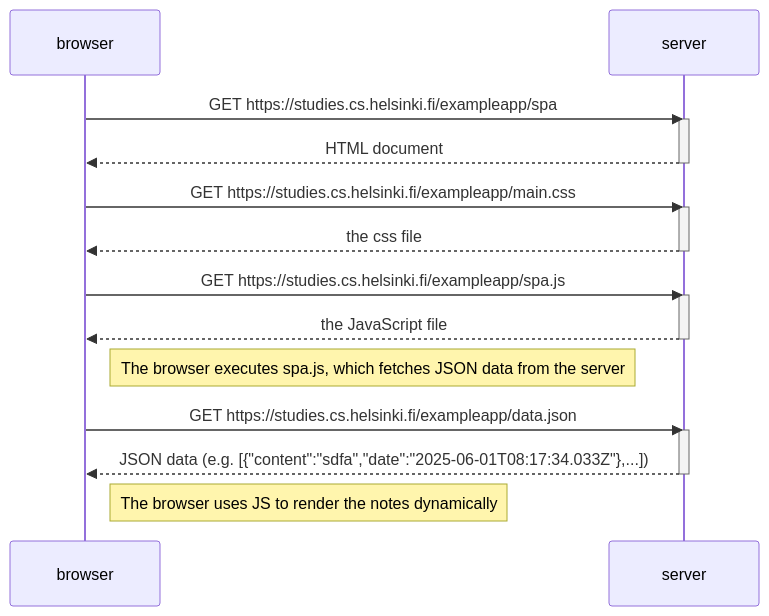
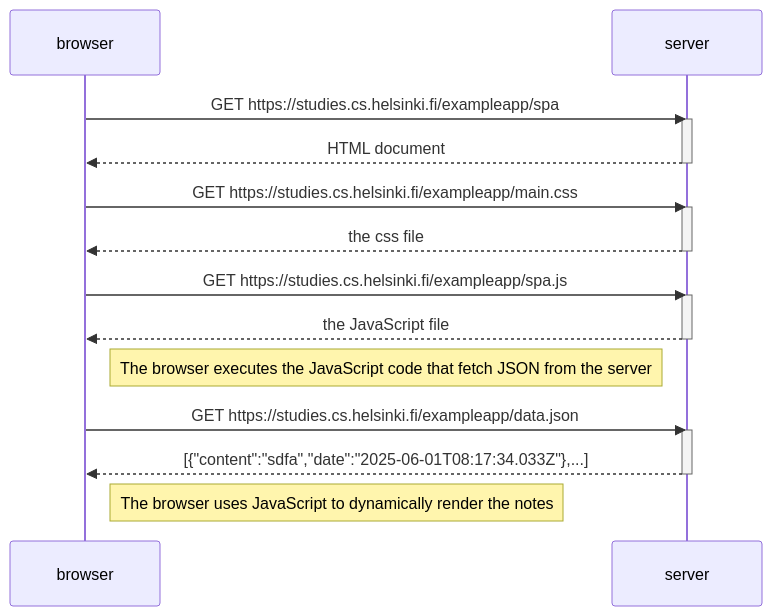
Before and after one commit to MJ-Jiang/FullStack_HelMooc: the diagram in Part0/0_5.md, drawn with Mermaid. The commit also changed 13 other files, not shown here.

````diff
--- a/Part0/0_5.md
+++ b/Part0/0_5.md
@@ -1,29 +1,29 @@
 ```mermaid
 sequenceDiagram
     participant browser
     participant server
 
     browser->>server: GET https://studies.cs.helsinki.fi/exampleapp/spa
     activate server
     server-->>browser: HTML document
     deactivate server
 
     browser->>server: GET https://studies.cs.helsinki.fi/exampleapp/main.css
     activate server
     server-->>browser: the css file
     deactivate server
 
     browser->>server: GET https://studies.cs.helsinki.fi/exampleapp/spa.js
     activate server
     server-->>browser: the JavaScript file
     deactivate server
 
-    Note right of browser: The browser executes spa.js, which fetches JSON data from the server
+    Note right of browser: The browser executes the JavaScript code that fetch JSON from the server
 
     browser->>server: GET https://studies.cs.helsinki.fi/exampleapp/data.json
     activate server
-    server-->>browser: JSON data (e.g. [{"content":"sdfa","date":"2025-06-01T08:17:34.033Z"},...])
+    server-->>browser:[{"content":"sdfa","date":"2025-06-01T08:17:34.033Z"},...]
     deactivate server
 
-    Note right of browser: The browser uses JS to render the notes dynamically
+    Note right of browser: The browser uses JavaScript to dynamically render the notes
 ```    
````
